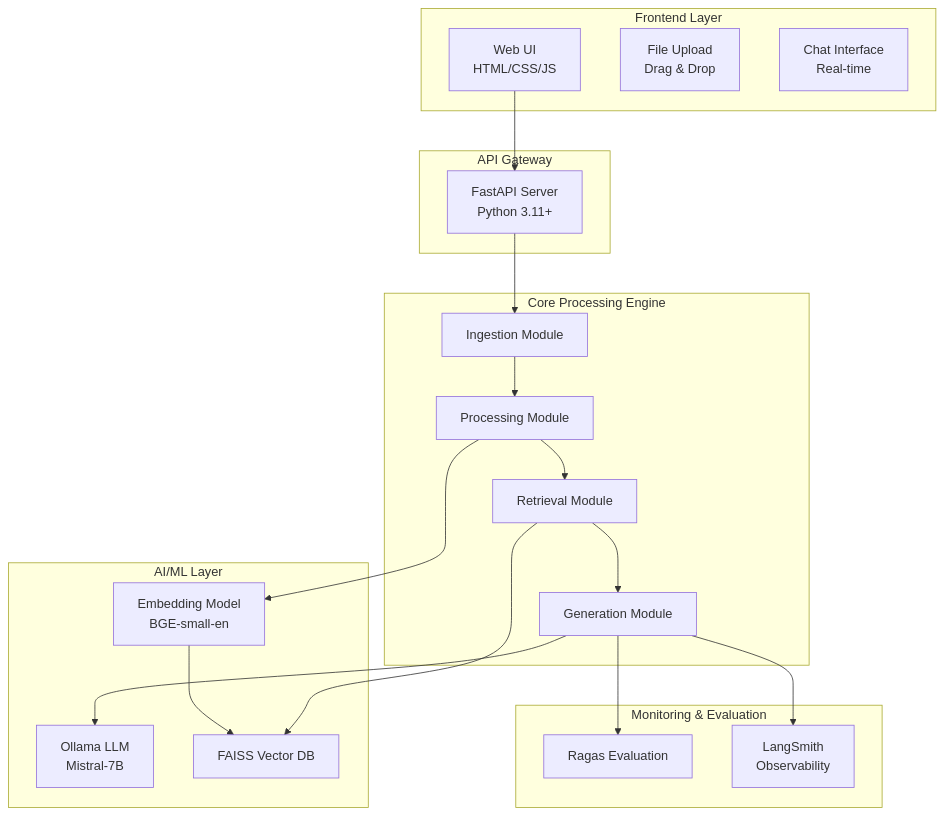
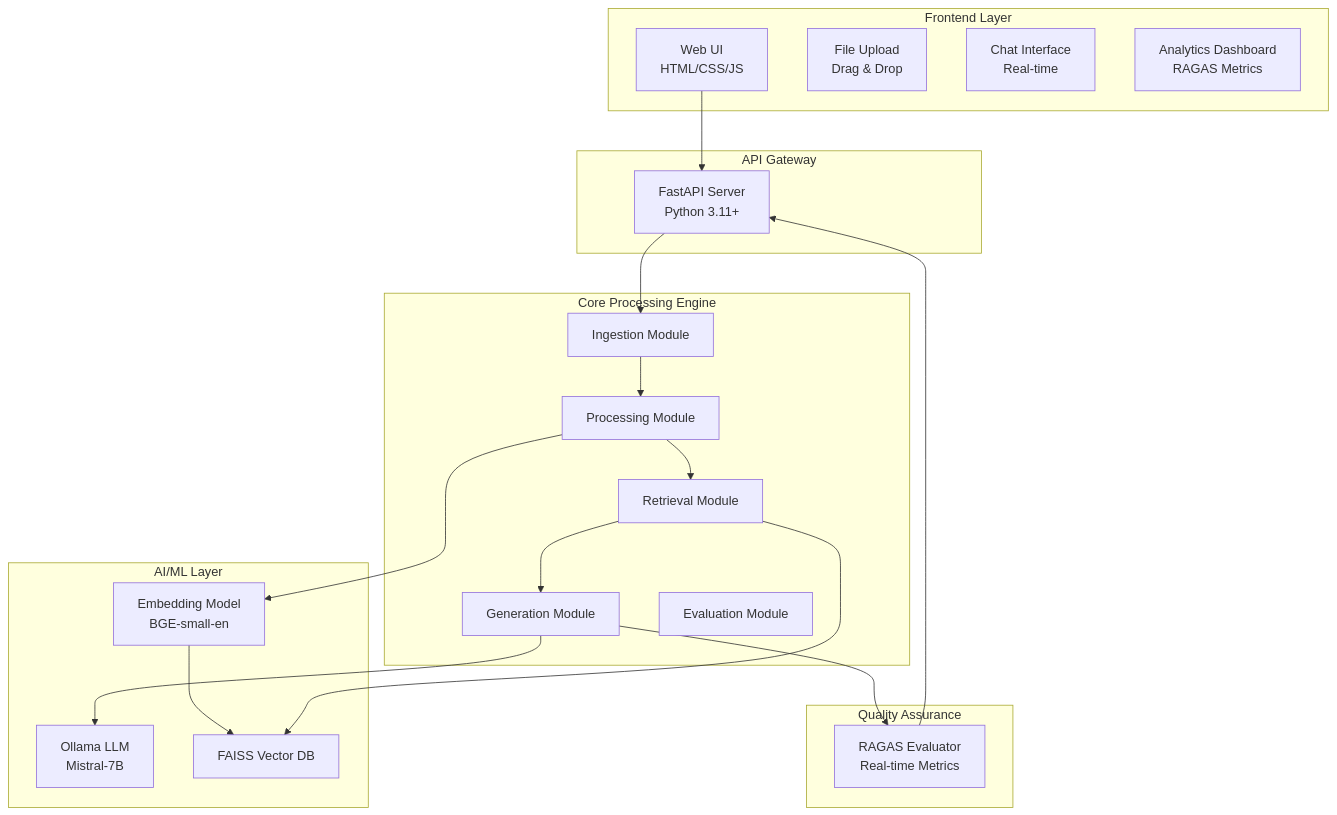
Before and after one commit to satyaki-mitra/docu-vault-ai: the first of 12 diagrams in docs/ARCHITECTURE.md, drawn with Mermaid. The commit also changed other lines of this file and 1 other file, not shown here.

````diff
--- a/docs/ARCHITECTURE.md
+++ b/docs/ARCHITECTURE.md
@@ -7,42 +7,43 @@
 ```mermaid
 graph TB
     subgraph "Frontend Layer"
         A[Web UI<br/>HTML/CSS/JS]
         B[File Upload<br/>Drag & Drop]
         C[Chat Interface<br/>Real-time]
+        D[Analytics Dashboard<br/>RAGAS Metrics]
     end
     
     subgraph "API Gateway"
-        D[FastAPI Server<br/>Python 3.11+]
+        E[FastAPI Server<br/>Python 3.11+]
     end
     
     subgraph "Core Processing Engine"
-        E[Ingestion Module]
-        F[Processing Module]
-        G[Retrieval Module]
-        H[Generation Module]
+        F[Ingestion Module]
+        G[Processing Module]
+        H[Retrieval Module]
+        I[Generation Module]
+        J[Evaluation Module]
     end
     
     subgraph "AI/ML Layer"
-        I[Ollama LLM<br/>Mistral-7B]
-        J[Embedding Model<br/>BGE-small-en]
-        K[FAISS Vector DB]
+        K[Ollama LLM<br/>Mistral-7B]
+        L[Embedding Model<br/>BGE-small-en]
+        M[FAISS Vector DB]
     end
     
-    subgraph "Monitoring & Evaluation"
-        L[Ragas Evaluation]
-        M[LangSmith<br/>Observability]
+    subgraph "Quality Assurance"
+        N[RAGAS Evaluator<br/>Real-time Metrics]
     end
     
-    A --> D
-    D --> E
+    A --> E
     E --> F
     F --> G
     G --> H
     H --> I
-    F --> J
-    J --> K
-    G --> K
-    H --> L
+    I --> K
+    G --> L
+    L --> M
     H --> M
+    I --> N
+    N --> E
 ```
````
